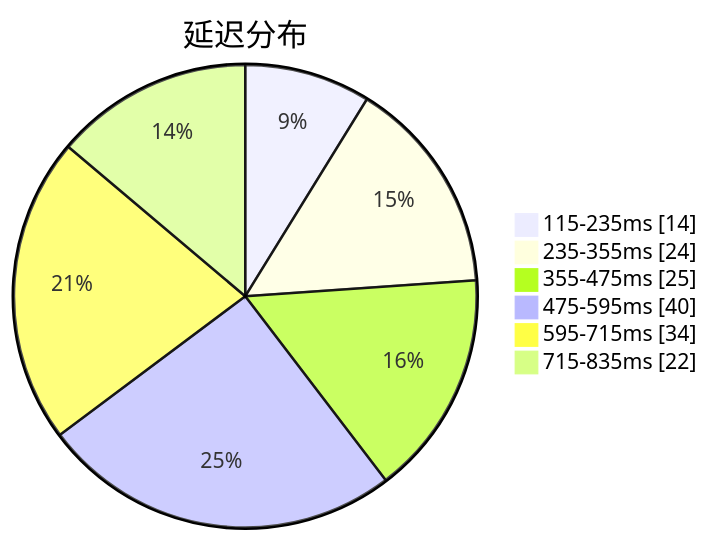
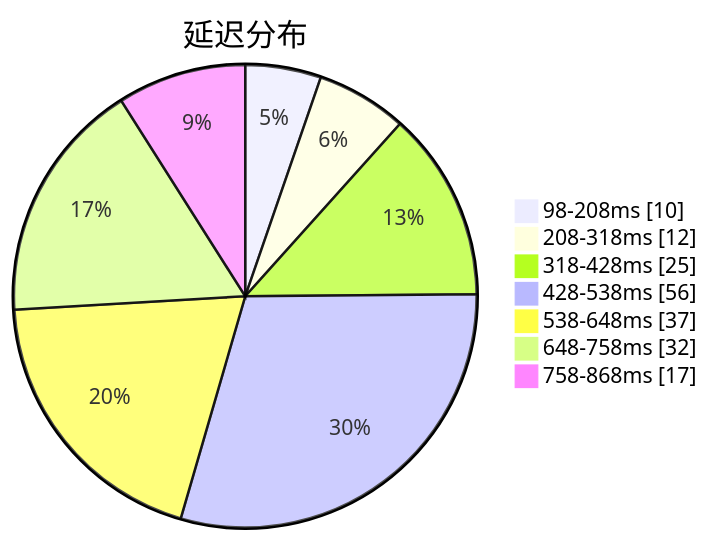
One commit to sinspired/airport changed the first of 3 diagrams in subs/statistics/tested_within.md. Above: the diagram before and after it, drawn with Mermaid. The commit also changed other lines of this file and 2 other files, not shown here.

````diff
--- a/subs/statistics/tested_within.md
+++ b/subs/statistics/tested_within.md
@@ -2,10 +2,11 @@
 ```mermaid
 pie showData
 title 延迟分布
-"115-235ms" : 14
-"235-355ms" : 24
-"355-475ms" : 25
-"475-595ms" : 40
-"595-715ms" : 34
-"715-835ms" : 22
+"98-208ms" : 10
+"208-318ms" : 12
+"318-428ms" : 25
+"428-538ms" : 56
+"538-648ms" : 37
+"648-758ms" : 32
+"758-868ms" : 17
 ```
````
